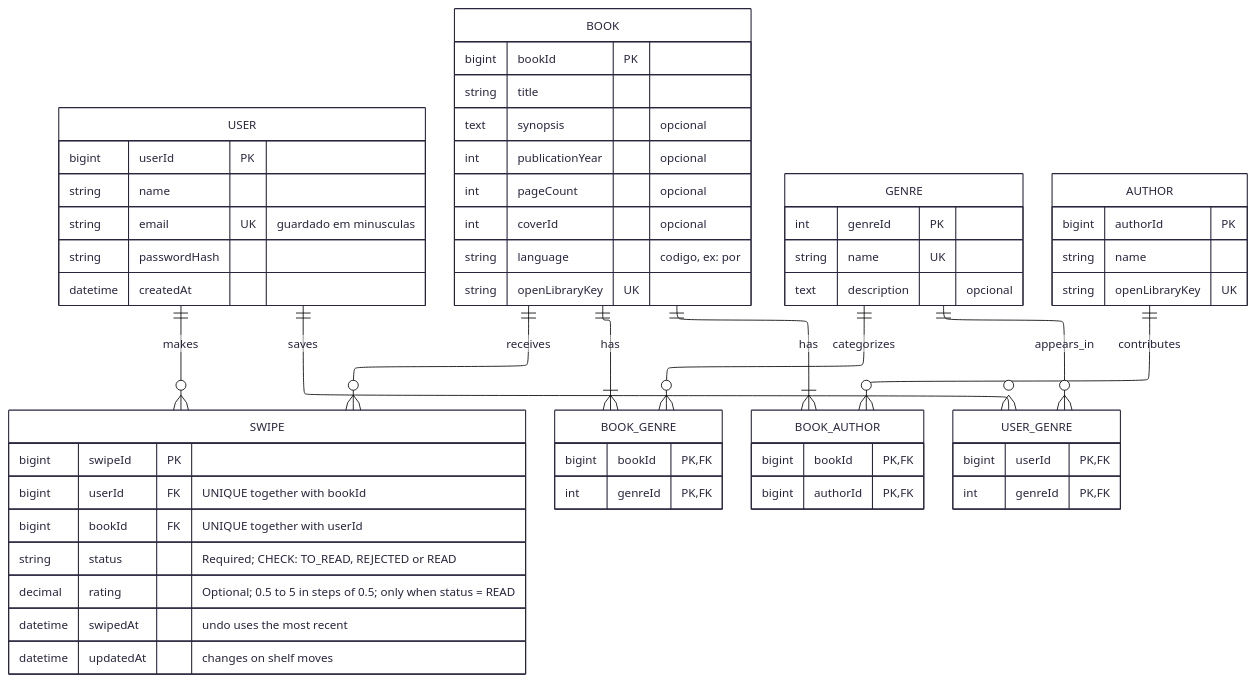
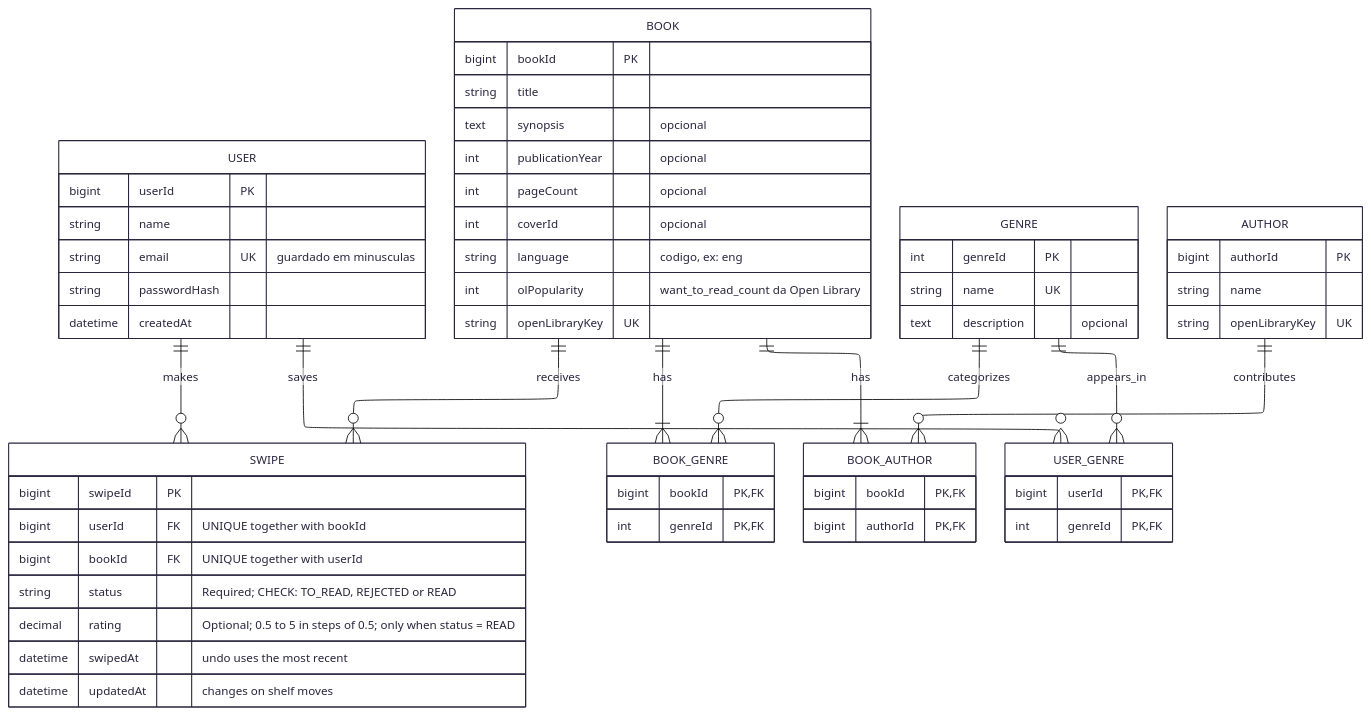
The diagram in docs/er-diagram.md (kakurokan/BookSwipe), drawn with Mermaid before and after one commit. The commit also changed 1 other file, not shown here.

Commit message:
Docs/user stories (#26)
* Update BOOK entity in ER diagram to include language code and Open Library popularity count

* Add user stories documentation for BookSwipe

````diff
--- a/docs/er-diagram.md
+++ b/docs/er-diagram.md
@@ -3,65 +3,66 @@
 ```mermaid
 ---
 config:
   theme: redux
   layout: elk
 ---
 erDiagram
     USER ||--o{ SWIPE : makes
     BOOK ||--o{ SWIPE : receives
     BOOK ||--|{ BOOK_GENRE : has
     GENRE ||--o{ BOOK_GENRE : categorizes
     BOOK ||--|{ BOOK_AUTHOR : has
     AUTHOR ||--o{ BOOK_AUTHOR : contributes
     USER ||--o{ USER_GENRE : saves
     GENRE ||--o{ USER_GENRE : appears_in
 
     USER {
         bigint userId PK
         string name
         string email UK "guardado em minusculas"
         string passwordHash
         datetime createdAt
     }
     GENRE {
         int genreId PK
         string name UK
         text description "opcional"
     }
     BOOK {
         bigint bookId PK
         string title
         text synopsis "opcional"
         int publicationYear "opcional"
         int pageCount "opcional"
         int coverId "opcional"
-        string language "codigo, ex: por"
+        string language "codigo, ex: eng"
+        int olPopularity "want_to_read_count da Open Library"
         string openLibraryKey UK
     }
     BOOK_GENRE {
         bigint bookId PK, FK
         int genreId PK, FK
     }
     AUTHOR {
         bigint authorId PK
         string name
         string openLibraryKey UK
     }
     BOOK_AUTHOR {
         bigint bookId PK, FK
         bigint authorId PK, FK
     }
     SWIPE {
         bigint swipeId PK
         bigint userId FK "UNIQUE together with bookId"
         bigint bookId FK "UNIQUE together with userId"
         string status "Required; CHECK: TO_READ, REJECTED or READ"
         decimal rating "Optional; 0.5 to 5 in steps of 0.5; only when status = READ"
         datetime swipedAt "undo uses the most recent"
         datetime updatedAt "changes on shelf moves"
     }
     USER_GENRE {
         bigint userId PK, FK
         int genreId PK, FK
     }
 ```
````
